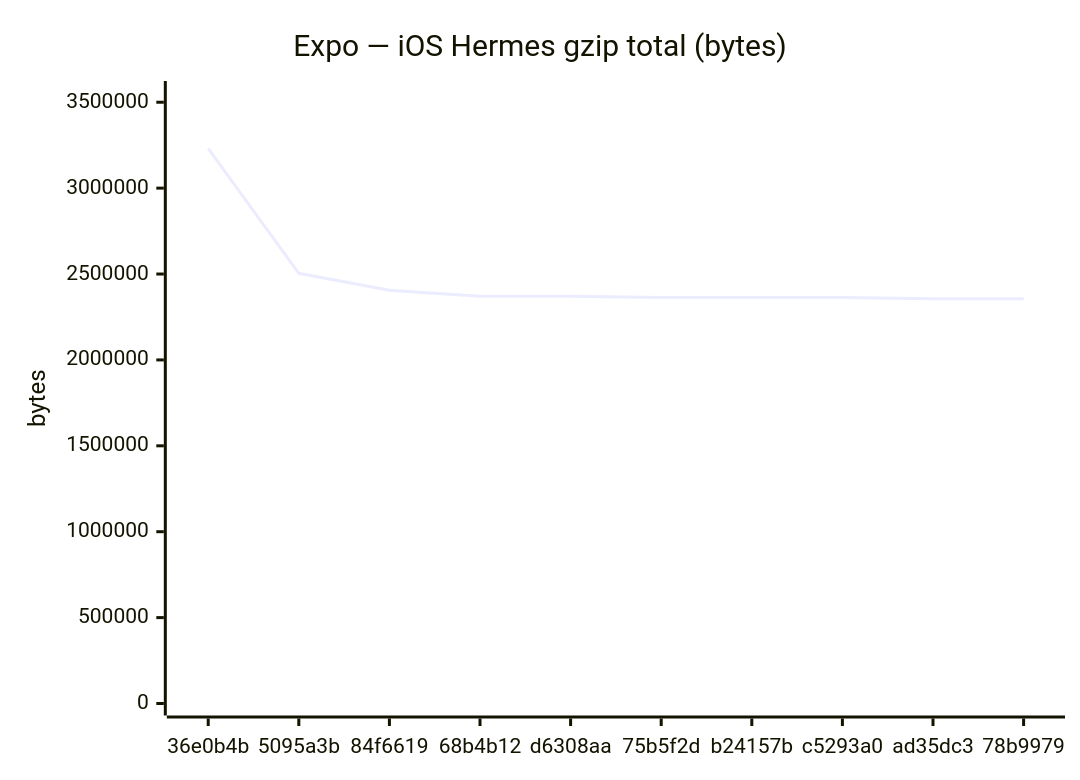
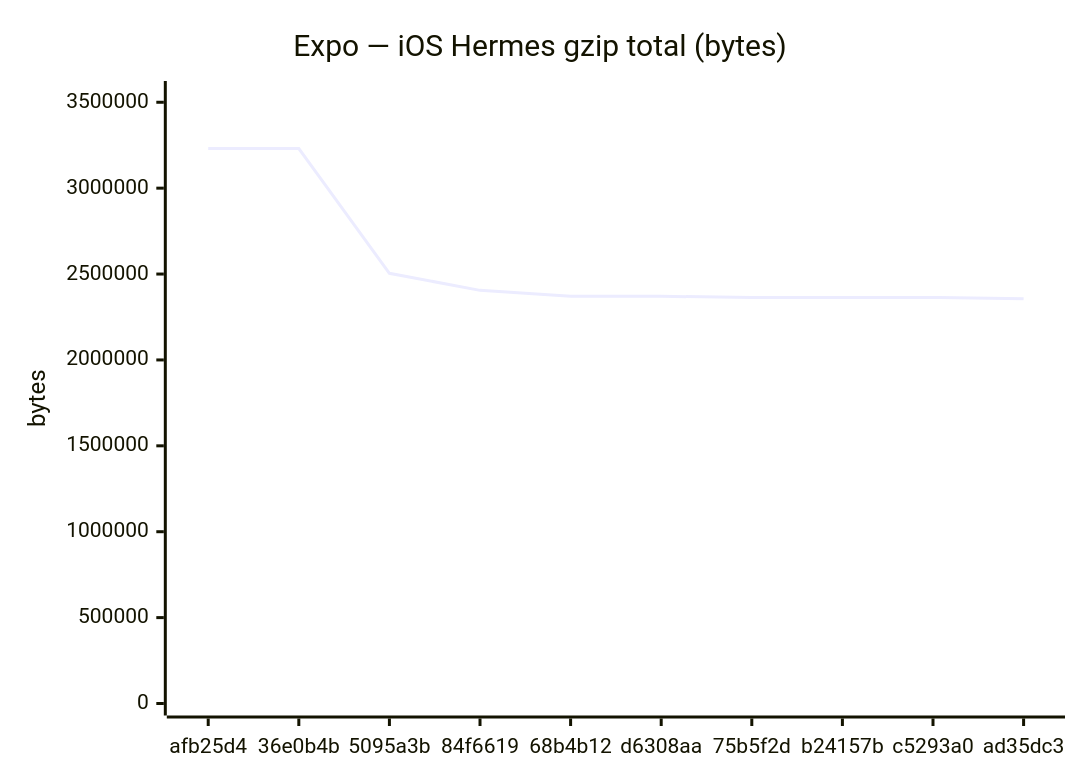
Before and after one commit to Metaheurist/Rianell: the sixth of 18 diagrams in benchmarks/compare.md, drawn with Mermaid. The commit also changed other lines of this file and 11 other files, not shown here.

````diff
--- a/benchmarks/compare.md
+++ b/benchmarks/compare.md
@@ -96,7 +96,7 @@
 ```mermaid
 xychart-beta
     title "Expo — iOS Hermes gzip total (bytes)"
-    x-axis ["36e0b4b", "5095a3b", "84f6619", "68b4b12", "d6308aa", "75b5f2d", "b24157b", "c5293a0", "ad35dc3", "78b9979"]
-    y-axis "bytes" 0 --> 3553784
-    line [3230712, 2504401, 2405024, 2370491, 2370493, 2363429, 2363431, 2363430, 2356086, 2356086]
+    x-axis ["afb25d4", "36e0b4b", "5095a3b", "84f6619", "68b4b12", "d6308aa", "75b5f2d", "b24157b", "c5293a0", "ad35dc3"]
+    y-axis "bytes" 0 --> 3553954
+    line [3230867, 3230712, 2504401, 2405024, 2370491, 2370493, 2363429, 2363431, 2363430, 2356086]
 ```
````
